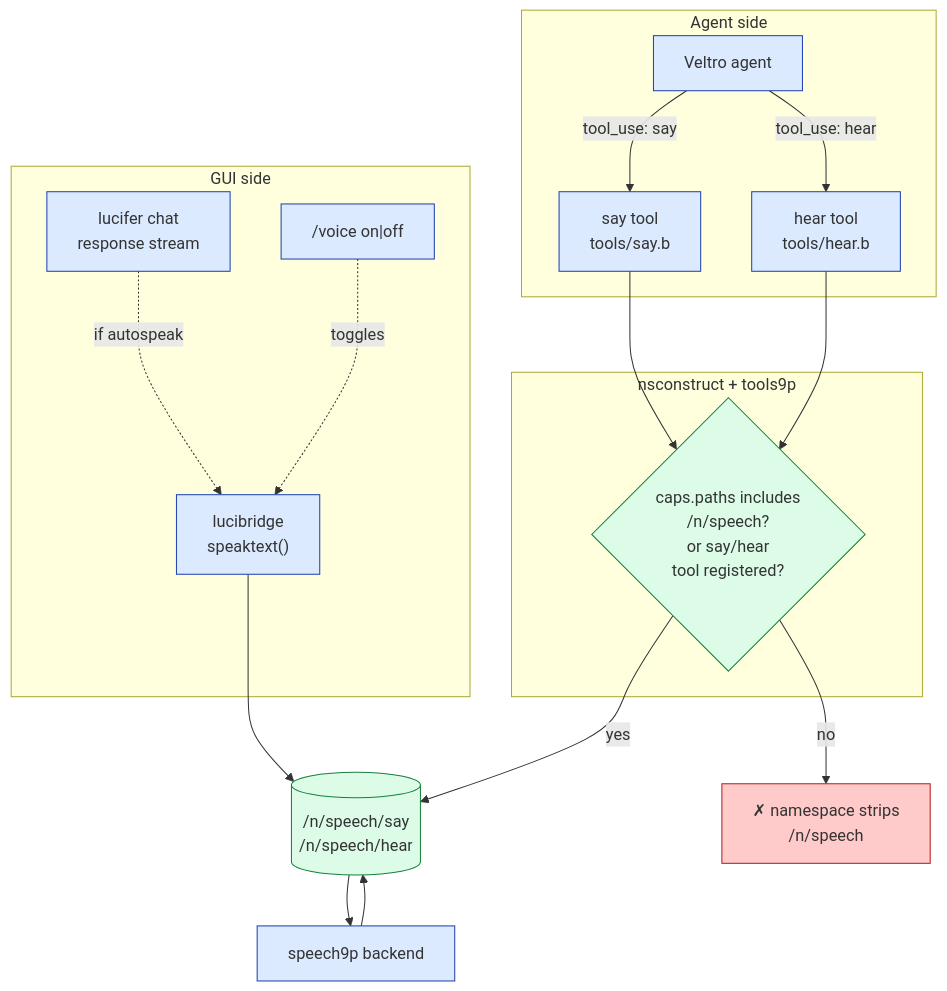
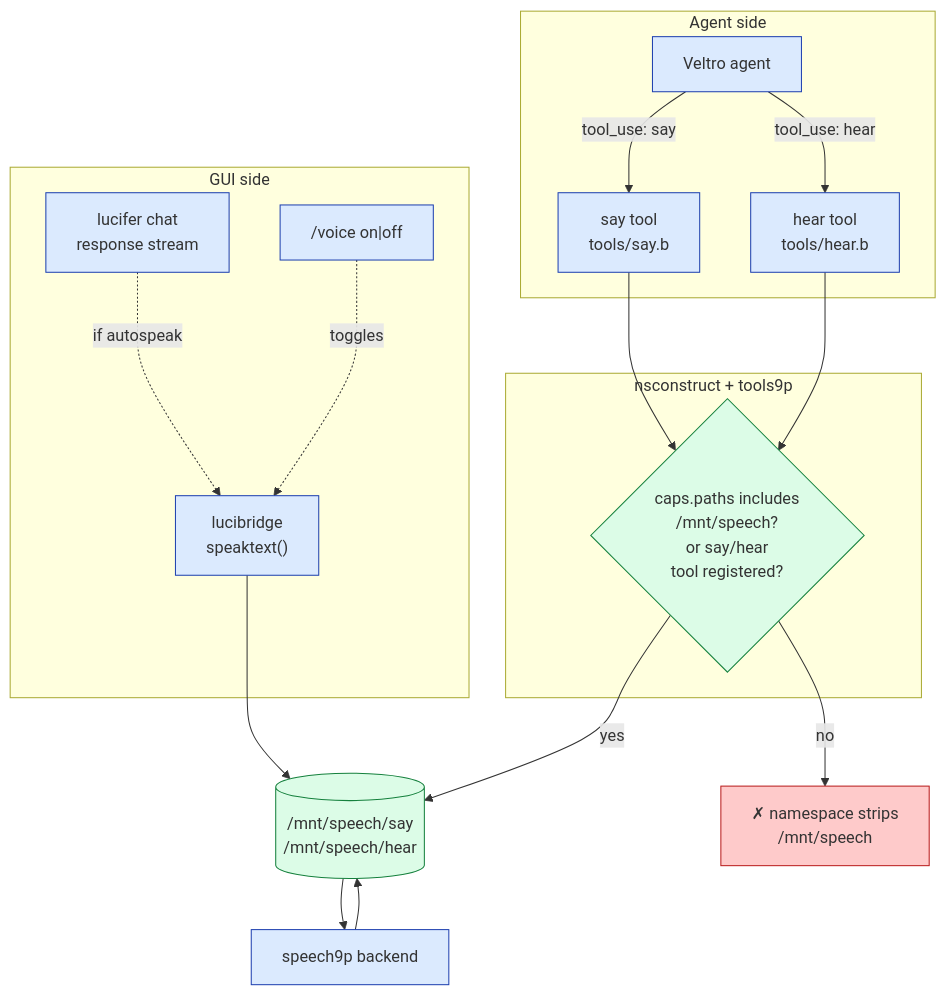
Before and after one commit to Ticed/infernode-os: diagram 11 of 16 in docs/SPEECH-ARCHITECTURE.md, drawn with Mermaid. The commit also changed other lines of this file and 66 other files, not shown here.

````diff
--- a/docs/SPEECH-ARCHITECTURE.md
+++ b/docs/SPEECH-ARCHITECTURE.md
@@ -613,38 +613,38 @@
 ```mermaid
 flowchart TB
     subgraph agentside["Agent side"]
         agent["Veltro agent"]
         sayTool["say tool<br/>tools/say.b"]
         hearTool["hear tool<br/>tools/hear.b"]
         agent -- "tool_use: say" --> sayTool
         agent -- "tool_use: hear" --> hearTool
     end
 
     subgraph guiside["GUI side"]
         chat["lucifer chat<br/>response stream"]
         bridge["lucibridge<br/>speaktext()"]
         slash["/voice on|off"]
         chat -. "if autospeak" .-> bridge
         slash -. toggles .-> bridge
     end
 
     subgraph nsgate["nsconstruct + tools9p"]
-        gate{caps.paths includes<br/>/n/speech?<br/>or say/hear<br/>tool registered?}
+        gate{caps.paths includes<br/>/mnt/speech?<br/>or say/hear<br/>tool registered?}
     end
 
     sayTool --> gate
     hearTool --> gate
-    gate -- yes --> mount[("/n/speech/say<br/>/n/speech/hear")]
-    gate -- no --> blocked["✗ namespace strips<br/>/n/speech"]
+    gate -- yes --> mount[("/mnt/speech/say<br/>/mnt/speech/hear")]
+    gate -- no --> blocked["✗ namespace strips<br/>/mnt/speech"]
 
     bridge --> mount
     speech9p["speech9p backend"] --> mount
     mount --> speech9p
 
     classDef good fill:#dcfce7,stroke:#15803d
     classDef bad fill:#fecaca,stroke:#b91c1c
     classDef proc fill:#dbeafe,stroke:#1e40af
     class blocked bad
     class mount,gate good
     class agent,sayTool,hearTool,chat,bridge,slash,speech9p proc
 ```
````
